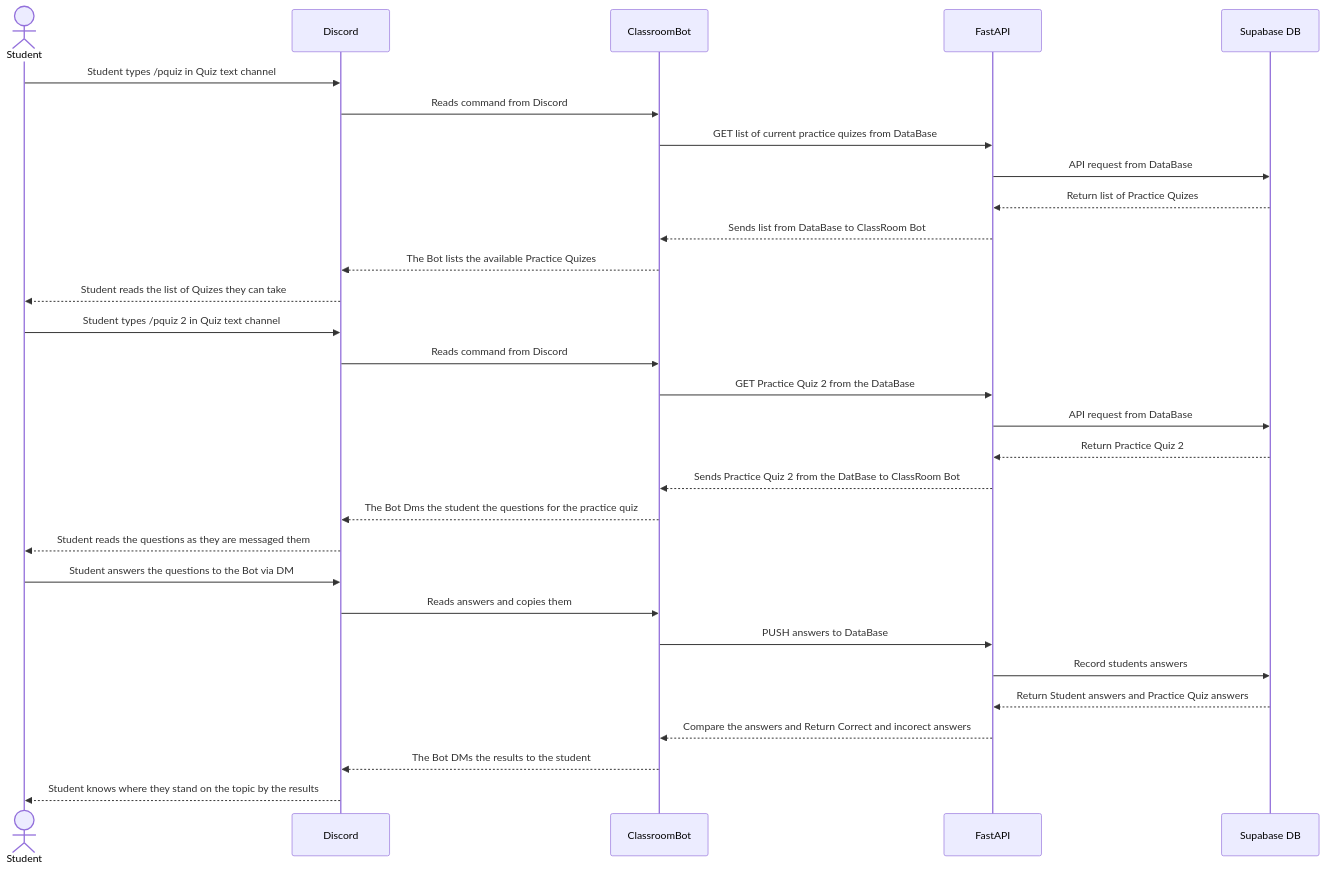
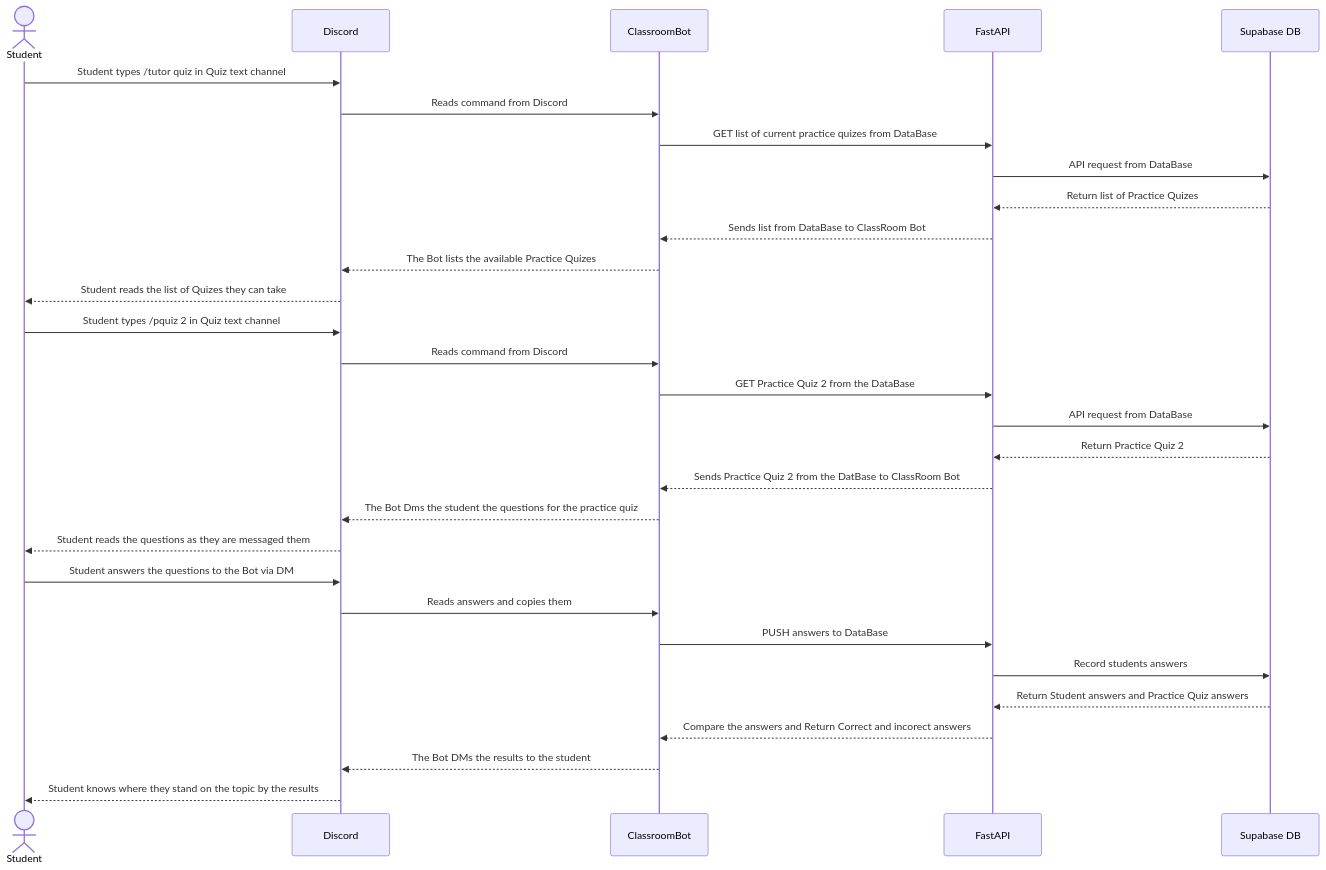
One commit to Capstone-Projects-2023-Spring/project-discord-classroom changed the fifth of 8 diagrams in documentation/docs/system-architecture/design.md. Above: the diagram before and after it, drawn with Mermaid. The commit also changed other lines of this file and 5 other files, not shown here.

````diff
--- a/documentation/docs/system-architecture/design.md
+++ b/documentation/docs/system-architecture/design.md
@@ -339,34 +339,34 @@
 ```mermaid
 
 sequenceDiagram
 actor u as Student
 participant d as Discord
 participant c as ClassroomBot
 participant f as FastAPI
 participant s as Supabase DB
 
-u->>d: Student types /pquiz in Quiz text channel
+u->>d: Student types /tutor quiz in Quiz text channel
 d->>c: Reads command from Discord
 c->>f: GET list of current practice quizes from DataBase
 f->>s: API request from DataBase
 s-->>f: Return list of Practice Quizes
 f-->>c: Sends list from DataBase to ClassRoom Bot
 c-->>d: The Bot lists the available Practice Quizes
 d-->>u: Student reads the list of Quizes they can take
 u->>d: Student types /pquiz 2 in Quiz text channel
 d->>c: Reads command from Discord
 c->>f: GET Practice Quiz 2 from the DataBase
 f->>s: API request from DataBase
 s-->>f: Return Practice Quiz 2
 f-->>c: Sends Practice Quiz 2 from the DatBase to ClassRoom Bot
 c-->>d: The Bot Dms the student the questions for the practice quiz
 d-->>u: Student reads the questions as they are messaged them
 u->>d: Student answers the questions to the Bot via DM
 d->>c: Reads answers and copies them
 c->>f: PUSH answers to DataBase
 f->>s: Record students answers
 s-->>f: Return Student answers and Practice Quiz answers 
 f-->>c: Compare the answers and Return Correct and incorect answers 
 c-->>d: The Bot DMs the results to the student
 d-->>u: Student knows where they stand on the topic by the results
 ```
````
